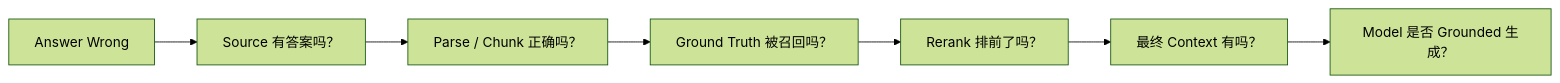
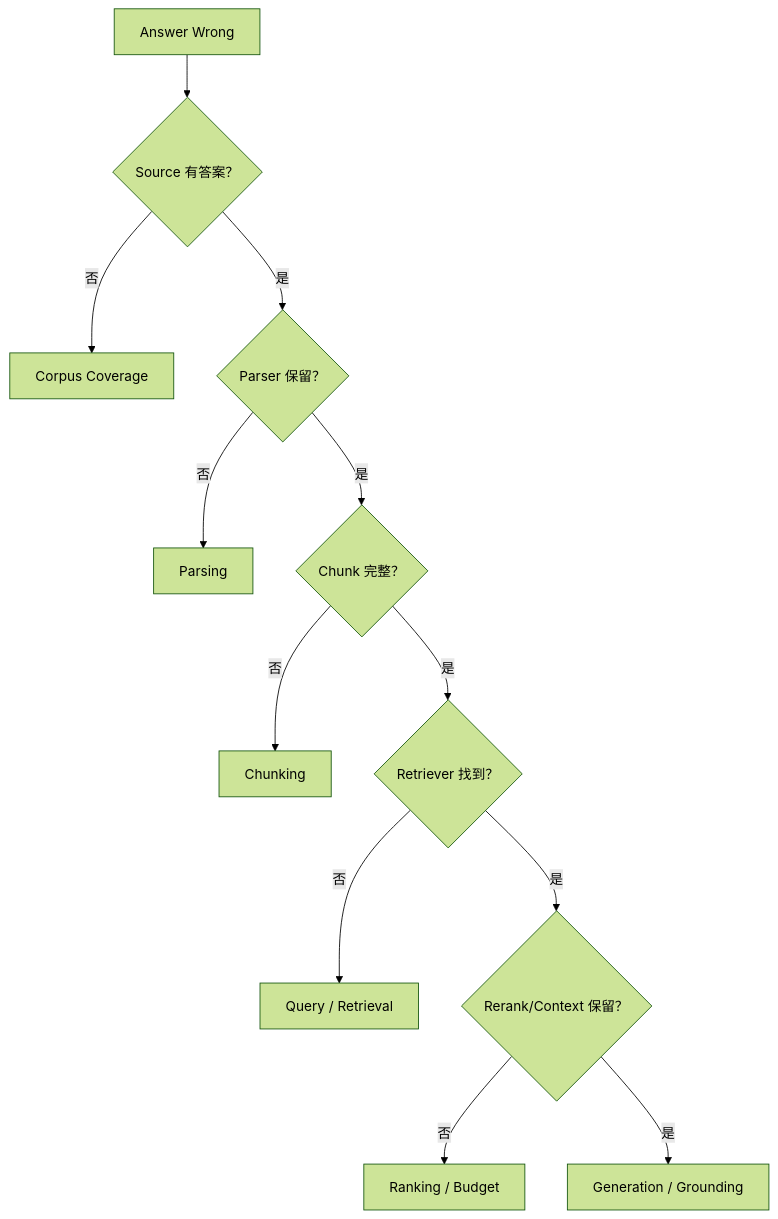
Before and after one commit to studyzhige-ui/ai-application-interview-handbook: the sixth of 6 diagrams in rag/review/README.md, drawn with Mermaid (forest theme). The commit also changed other lines of this file, not shown here.

````diff
--- a/rag/review/README.md
+++ b/rag/review/README.md
@@ -101,9 +96,14 @@
 ```mermaid
-flowchart LR
-    A["Answer Wrong"] --> B["Source 有答案吗？"]
-    B --> C["Parse / Chunk 正确吗？"]
-    C --> D["Ground Truth 被召回吗？"]
-    D --> E["Rerank 排前了吗？"]
-    E --> F["最终 Context 有吗？"]
-    F --> G["Model 是否 Grounded 生成？"]
+flowchart TD
+    A["Answer Wrong"] --> B{"Source 有答案？"}
+    B -->|"否"| B1["Corpus Coverage"]
+    B -->|"是"| C{"Parser 保留？"}
+    C -->|"否"| C1["Parsing"]
+    C -->|"是"| D{"Chunk 完整？"}
+    D -->|"否"| D1["Chunking"]
+    D -->|"是"| E{"Retriever 找到？"}
+    E -->|"否"| E1["Query / Retrieval"]
+    E -->|"是"| F{"Rerank/Context 保留？"}
+    F -->|"否"| F1["Ranking / Budget"]
+    F -->|"是"| G["Generation / Grounding"]
 ```
````
